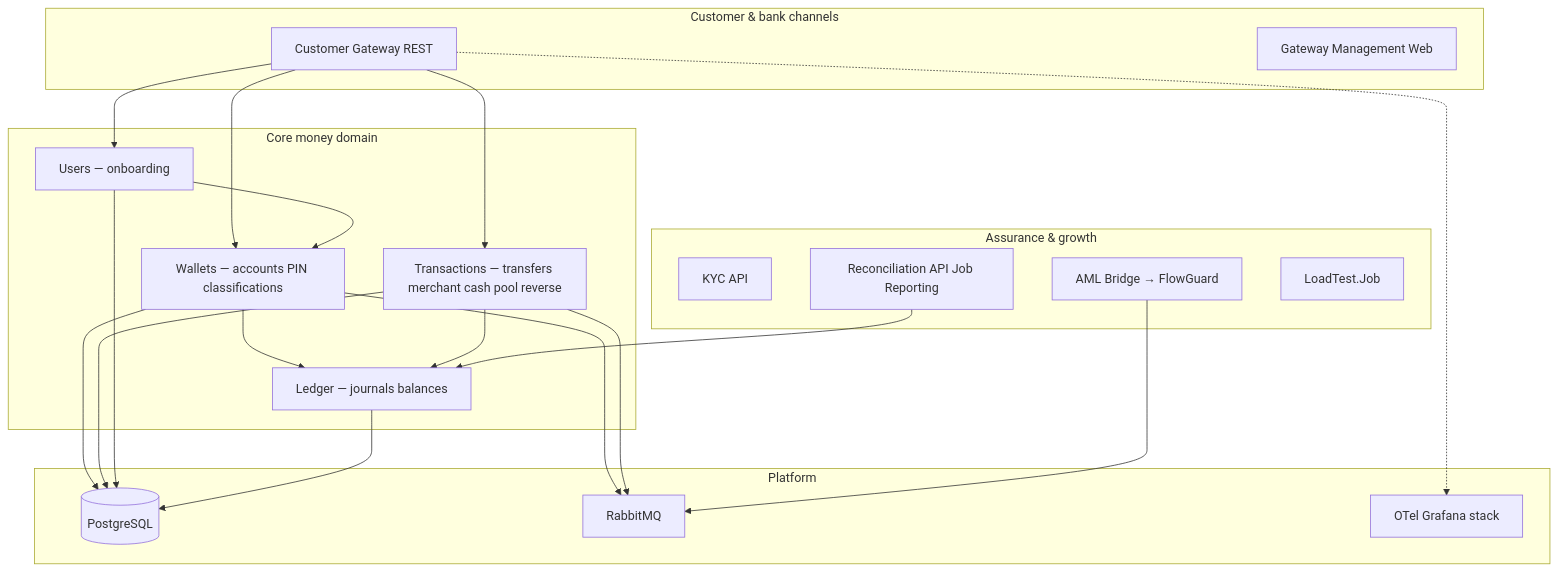
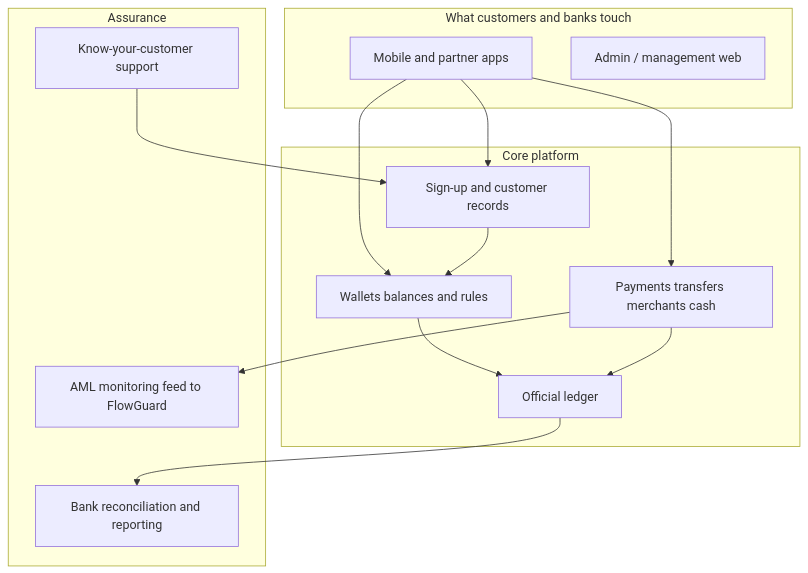
Before and after one commit to anstwechy/mitf_wallet_public_docs: the diagram in docs/stakeholders/index.md, drawn with Mermaid. The commit also changed other lines of this file and 3 other files, not shown here.

````diff
--- a/docs/stakeholders/index.md
+++ b/docs/stakeholders/index.md
@@ -27,43 +27,30 @@
 ```mermaid
 flowchart TB
-  subgraph experience["Customer & bank channels"]
-    GW[Customer Gateway REST]
-    MWEB[Gateway Management Web]
+  subgraph channels["What customers and banks touch"]
+    Apps[Mobile and partner apps]
+    Mgmt[Admin / management web]
   end
 
-  subgraph core["Core money domain"]
-    U[Users — onboarding]
-    W[Wallets — accounts PIN classifications]
-    T[Transactions — transfers merchant cash pool reverse]
-    L[Ledger — journals balances]
+  subgraph core["Core platform"]
+    Join[Sign-up and customer records]
+    Wallets[Wallets balances and rules]
+    Pay[Payments transfers merchants cash]
+    Books[Official ledger]
   end
 
-  subgraph assurance["Assurance & growth"]
-    KYC[KYC API]
-    AML[AML Bridge → FlowGuard]
-    REC[Reconciliation API Job Reporting]
-    LT[LoadTest.Job]
+  subgraph assurance["Assurance"]
+    Identity[Know-your-customer support]
+    AMLfeed[AML monitoring feed to FlowGuard]
+    Recon[Bank reconciliation and reporting]
   end
 
-  subgraph platform["Platform"]
-    PG[(PostgreSQL)]
-    RMQ[RabbitMQ]
-    OBS[OTel Grafana stack]
-  end
-
-  GW --> U
-  GW --> W
-  GW --> T
-  U --> W
-  W --> L
-  T --> L
-  W --> RMQ
-  T --> RMQ
-  AML --> RMQ
-  W --> PG
-  T --> PG
-  U --> PG
-  L --> PG
-  REC --> L
-  GW -.-> OBS
+  Apps --> Join
+  Apps --> Wallets
+  Apps --> Pay
+  Join --> Wallets
+  Wallets --> Books
+  Pay --> Books
+  Pay --> AMLfeed
+  Books --> Recon
+  Identity --> Join
 ```
````
